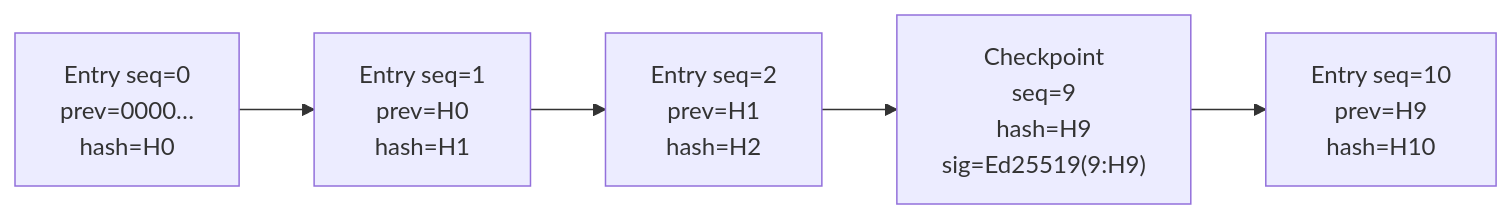
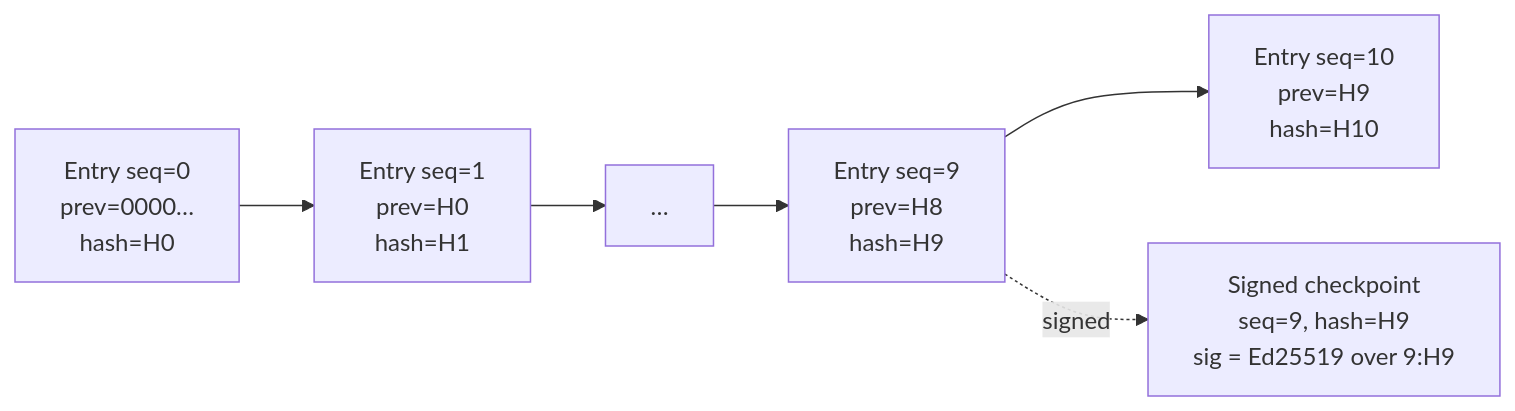
One commit to harshsingh2275/Bayora changed the fourth of 6 diagrams in README.md. Above: the diagram before and after it, drawn with Mermaid. The commit also changed other lines of this file and 2 other files, not shown here.

````diff
--- a/README.md
+++ b/README.md
@@ -154,10 +179,12 @@
 ```mermaid
 flowchart LR
-    E0["Entry seq=0\nprev=0000…\nhash=H0"]
-    E1["Entry seq=1\nprev=H0\nhash=H1"]
-    E2["Entry seq=2\nprev=H1\nhash=H2"]
-    CP["Checkpoint\nseq=9\nhash=H9\nsig=Ed25519(9:H9)"]
-    E10["Entry seq=10\nprev=H9\nhash=H10"]
+    E0["Entry seq=0<br/>prev=0000…<br/>hash=H0"]
+    E1["Entry seq=1<br/>prev=H0<br/>hash=H1"]
+    Gap["…"]
+    E9["Entry seq=9<br/>prev=H8<br/>hash=H9"]
+    E10["Entry seq=10<br/>prev=H9<br/>hash=H10"]
+    CP["Signed checkpoint<br/>seq=9, hash=H9<br/>sig = Ed25519 over 9:H9"]
 
-    E0 --> E1 --> E2 --> CP --> E10
+    E0 --> E1 --> Gap --> E9 --> E10
+    E9 -.->|"signed"| CP
 ```
````
